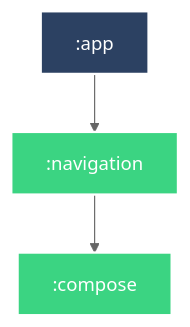
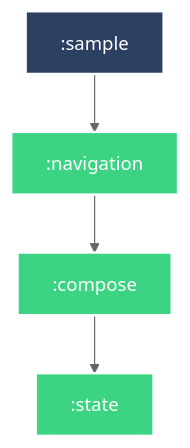
The diagram in README.md (JustBurrow/android-ui), drawn with Mermaid before and after one commit.

Commit message:
📝 모듈 그래프 업데이트.

````diff
--- a/README.md
+++ b/README.md
@@ -11,18 +11,20 @@
 ```mermaid
 %%{
   init: {
     'theme': 'neutral'
   }
 }%%
 
 graph TB
+  :compose --> :state
   :navigation --> :compose
-  :app --> :navigation
+  :sample --> :navigation
 
 classDef android-library fill:#3BD482,stroke:#fff,stroke-width:2px,color:#fff;
 classDef android-application fill:#2C4162,stroke:#fff,stroke-width:2px,color:#fff;
+class :compose android-library
+class :state android-library
 class :navigation android-library
-class :compose android-library
-class :app android-application
+class :sample android-application
 
 ```
````
